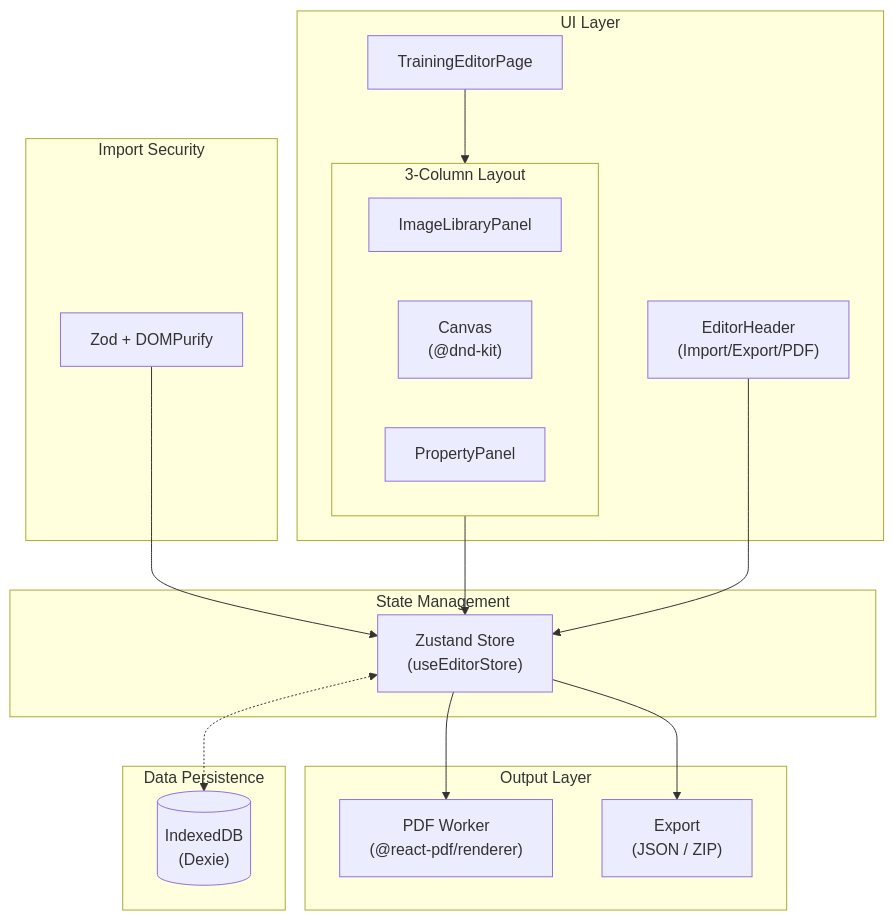
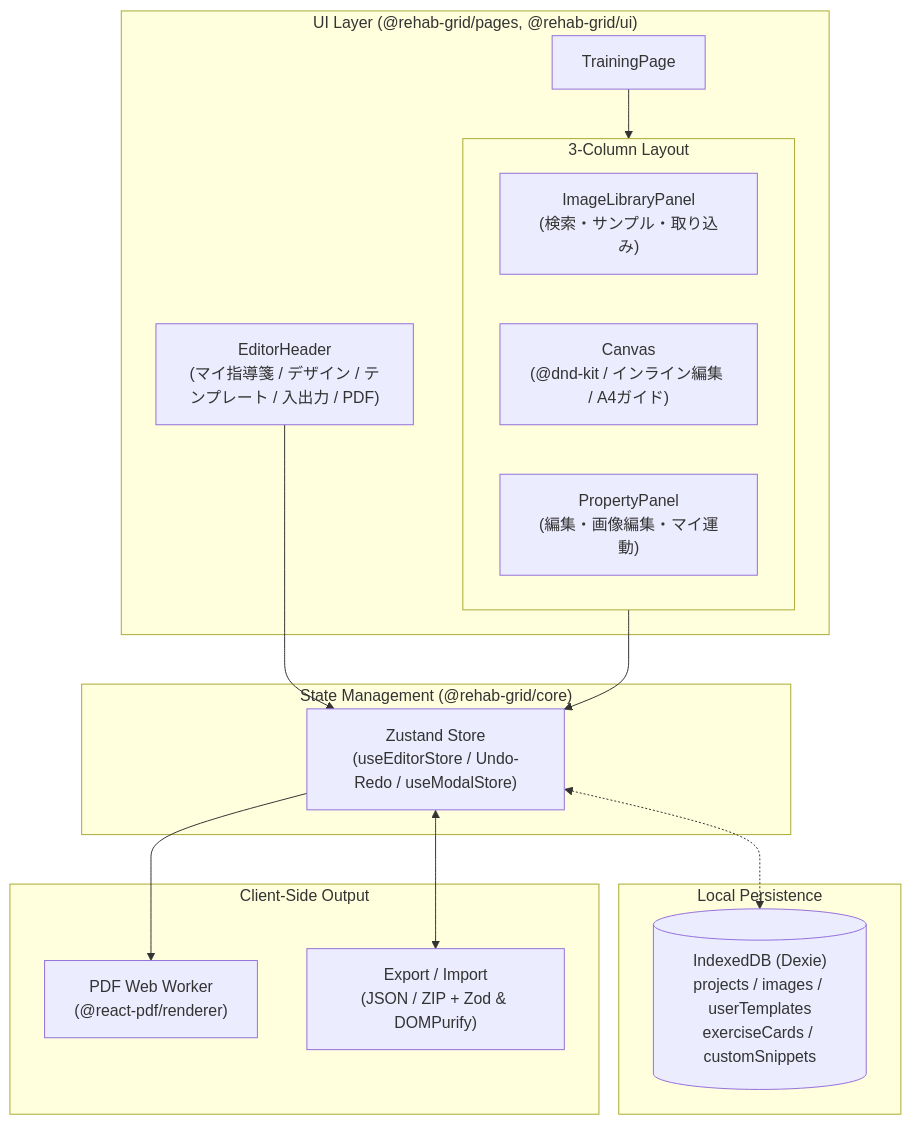
Before and after one commit to Sierra117-KF/rehab-grid: the diagram in README.md, drawn with Mermaid. The commit also changed other lines of this file and 12 other files, not shown here.

````diff
--- a/README.md
+++ b/README.md
@@ -124,37 +176,32 @@
 ```mermaid
 flowchart TB
-    subgraph UI["UI Layer"]
-        Header["EditorHeader<br/>(Import/Export/PDF)"]
-        Editor["TrainingEditorPage"]
+    subgraph UI["UI Layer (@rehab-grid/pages, @rehab-grid/ui)"]
+        Header["EditorHeader<br/>(マイ指導箋 / デザイン / テンプレート / 入出力 / PDF)"]
+        Editor["TrainingPage"]
         subgraph Panels["3-Column Layout"]
-            ImageLib["ImageLibraryPanel"]
-            Canvas["Canvas<br/>(@dnd-kit)"]
-            Props["PropertyPanel"]
+            ImageLib["ImageLibraryPanel<br/>(検索・サンプル・取り込み)"]
+            Canvas["Canvas<br/>(@dnd-kit / インライン編集 / A4ガイド)"]
+            Props["PropertyPanel<br/>(編集・画像編集・マイ運動)"]
         end
     end
 
-    subgraph State["State Management"]
-        Store["Zustand Store<br/>(useEditorStore)"]
+    subgraph State["State Management (@rehab-grid/core)"]
+        Store["Zustand Store<br/>(useEditorStore / Undo-Redo / useModalStore)"]
     end
 
-    subgraph Persistence["Data Persistence"]
-        DB[("IndexedDB<br/>(Dexie)")]
+    subgraph Persistence["Local Persistence"]
+        DB[("IndexedDB (Dexie)<br/>projects / images / userTemplates<br/>exerciseCards / customSnippets")]
     end
 
-    subgraph Output["Output Layer"]
-        Worker["PDF Worker<br/>(@react-pdf/renderer)"]
-        Export["Export<br/>(JSON / ZIP)"]
-    end
-
-    subgraph Security["Import Security"]
-        Validate["Zod + DOMPurify"]
+    subgraph Output["Client-Side Output"]
+        Worker["PDF Web Worker<br/>(@react-pdf/renderer)"]
+        Export["Export / Import<br/>(JSON / ZIP + Zod & DOMPurify)"]
     end
 
     Editor --> Panels
     Panels --> Store
     Header --> Store
     Store <-.-> DB
     Store --> Worker
-    Store --> Export
-    Validate --> Store
+    Store <--> Export
 ```
````
